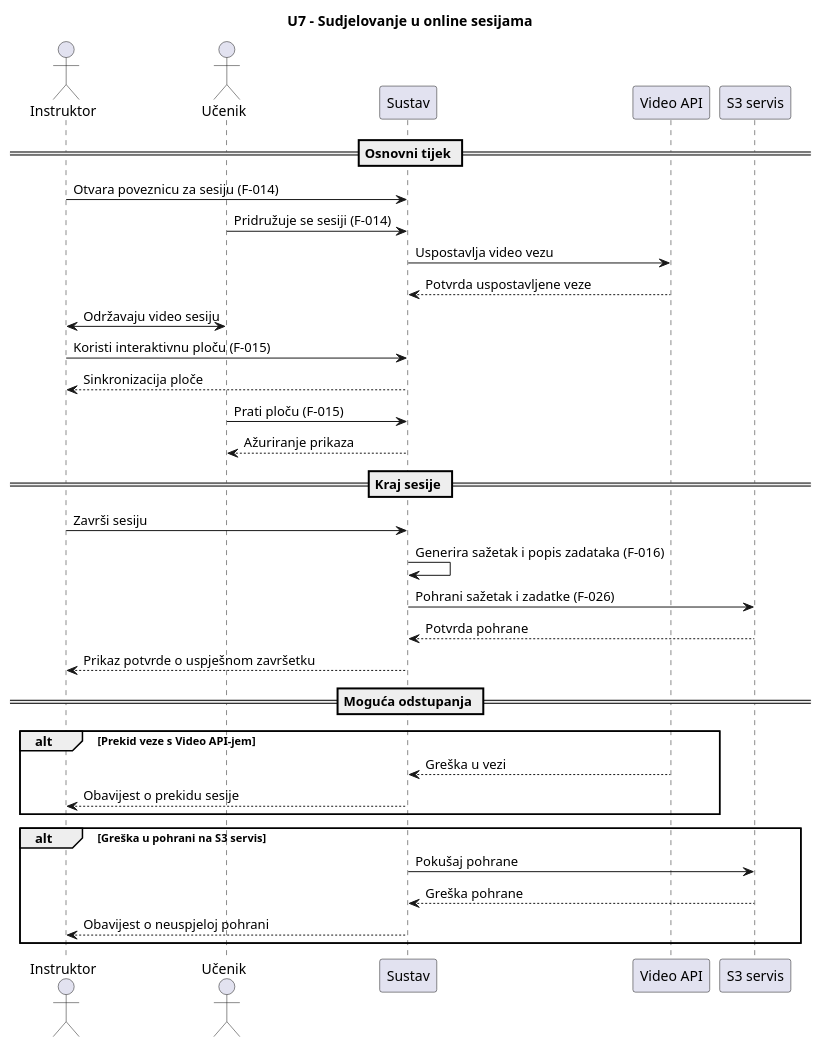
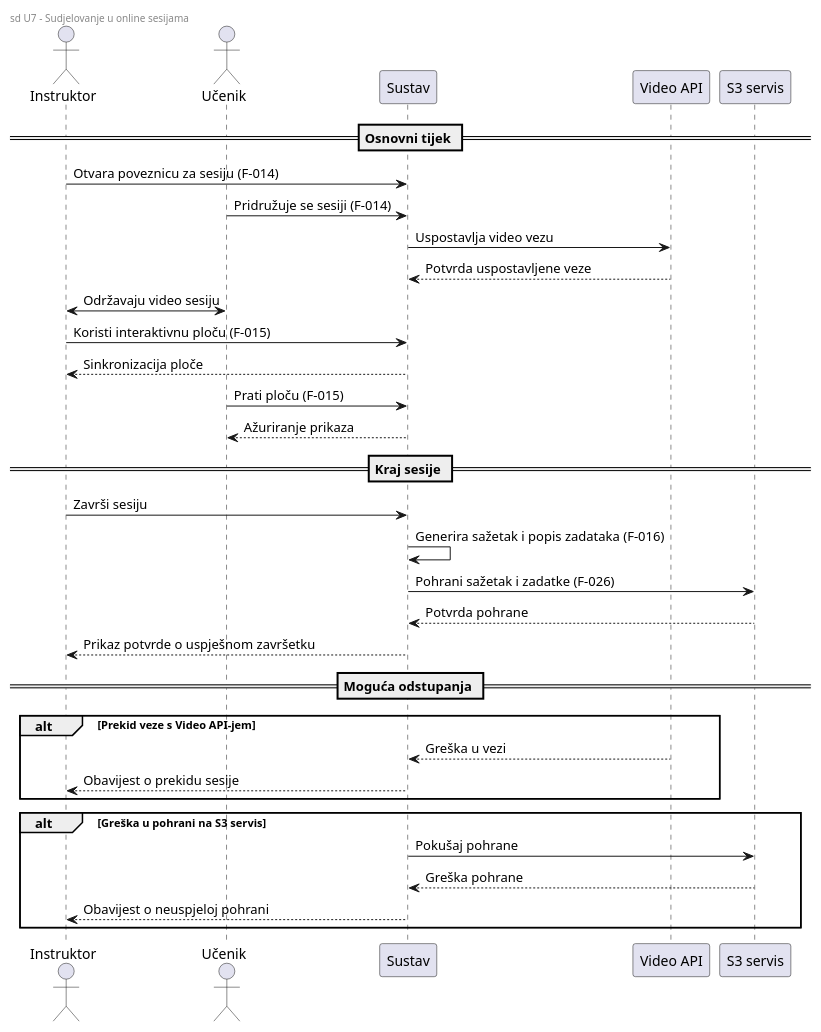
The diagram in uml/sequence_diagrams/u7_onlineSesije.puml (IvanaVelickovic/progi-projekt), drawn with PlantUML before and after one commit.

Commit message:
Fix header and formatting in sequence diagram (U7)

```diff
--- a/uml/sequence_diagrams/u7_onlineSesije.puml
+++ b/uml/sequence_diagrams/u7_onlineSesije.puml
@@ -1,46 +1,47 @@
 @startuml dijagram25_seq
-
-title U7 - Sudjelovanje u online sesijama
+left header
+sd U7 - Sudjelovanje u online sesijama
+end header
 
 actor Instruktor
 actor Učenik
 participant "Sustav" as System
 participant "Video API" as Video
 participant "S3 servis" as S3
 
 == Osnovni tijek ==
 
 Instruktor -> System : Otvara poveznicu za sesiju (F-014)
 Učenik -> System : Pridružuje se sesiji (F-014)
 System -> Video : Uspostavlja video vezu
 Video --> System : Potvrda uspostavljene veze
 
 Instruktor <-> Učenik : Održavaju video sesiju
 Instruktor -> System : Koristi interaktivnu ploču (F-015)
 System --> Instruktor : Sinkronizacija ploče
 Učenik -> System : Prati ploču (F-015)
 System --> Učenik : Ažuriranje prikaza
 
 == Kraj sesije ==
 
 Instruktor -> System : Završi sesiju
 System -> System : Generira sažetak i popis zadataka (F-016)
 System -> S3 : Pohrani sažetak i zadatke (F-026)
 S3 --> System : Potvrda pohrane
 
 System --> Instruktor : Prikaz potvrde o uspješnom završetku
 
 == Moguća odstupanja ==
 
 alt Prekid veze s Video API-jem
     Video --> System : Greška u vezi
     System --> Instruktor : Obavijest o prekidu sesije
 end
 
 alt Greška u pohrani na S3 servis
     System -> S3 : Pokušaj pohrane
     S3 --> System : Greška pohrane
     System --> Instruktor : Obavijest o neuspjeloj pohrani
 end
 
 @enduml
```
